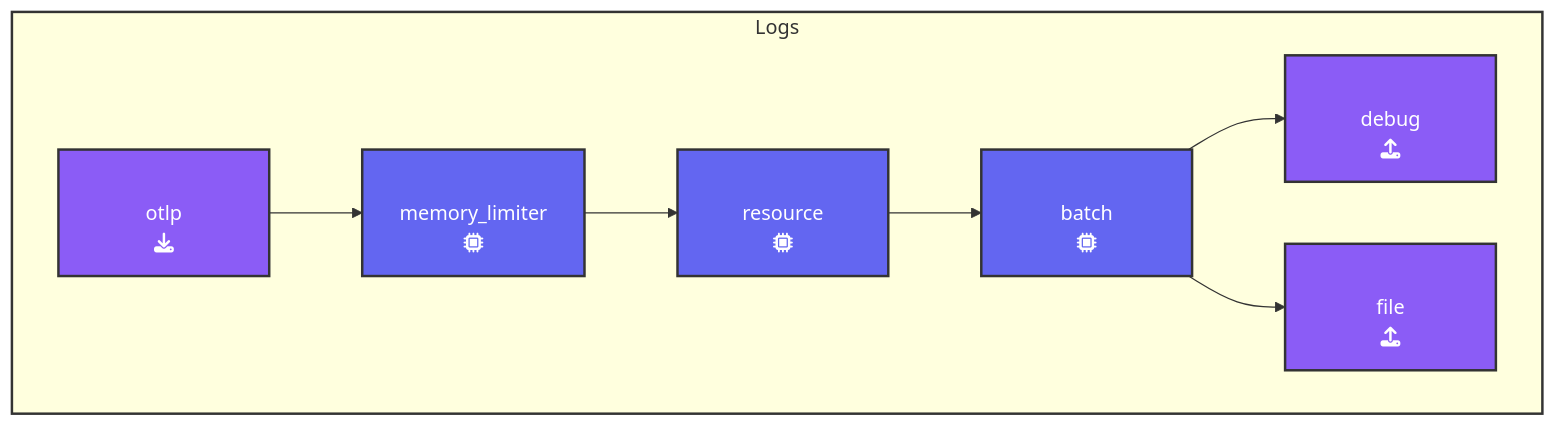
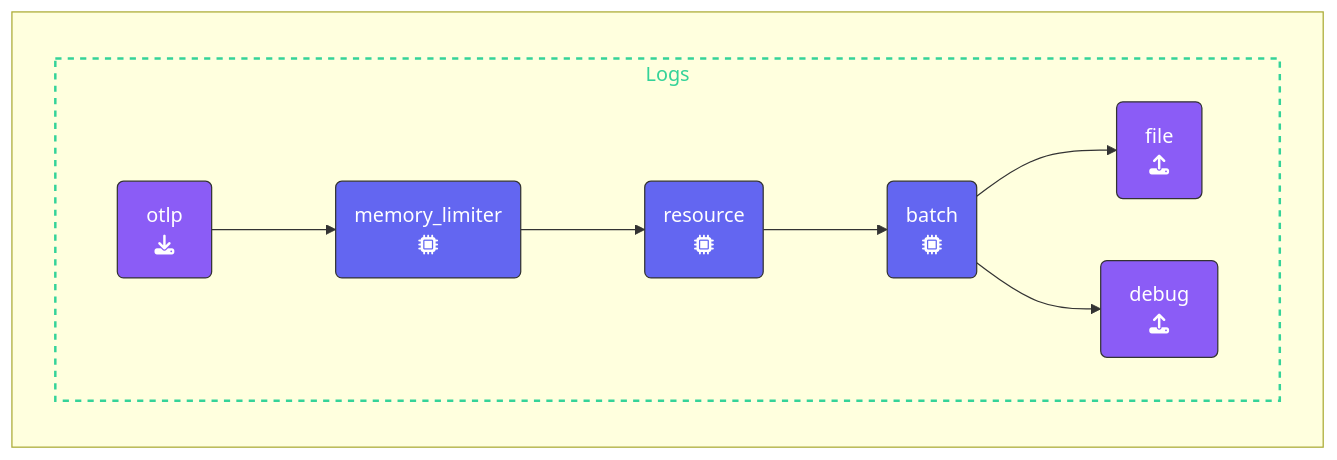
Before and after one commit to splunk/observability-workshop: the diagram in content/en/ninja-workshops/10-advanced-otel/2-gateway/_index.md, drawn with Mermaid. The commit also changed other lines of this file and 2 other files, not shown here.

Commit message:
Updated Mermaid chart

````diff
--- a/content/en/ninja-workshops/10-advanced-otel/2-gateway/_index.md
+++ b/content/en/ninja-workshops/10-advanced-otel/2-gateway/_index.md
@@ -106,25 +106,27 @@
 ```mermaid
+%%{init:{"fontFamily":"monospace"}}%%
 graph LR
-  subgraph box[Logs]
-    direction LR
     %% Nodes
-      A[otlp<br>fa:fa-download]:::receiver
-      D[memory_limiter<br>fa:fa-microchip]:::processor
-      F[resource<br>fa:fa-microchip]:::processor
-      J[batch<br>fa:fa-microchip]:::processor
-      L[debug<br>fa:fa-upload]:::exporter
-      M[file<br>fa:fa-upload]:::exporter
+      REC1(&nbsp;&nbsp;otlp&nbsp;&nbsp;<br>fa:fa-download):::receiver
+      PRO1(memory_limiter<br>fa:fa-microchip):::processor
+      PRO2(resource<br>fa:fa-microchip):::processor
+      PRO3(batch<br>fa:fa-microchip):::processor
+      EXP1(&ensp;file&ensp;<br>fa:fa-upload):::exporter
+      EXP2(&ensp;debug&ensp;<br>fa:fa-upload):::exporter
+    %% Links
+    subID1:::sub-logs
+    subgraph " "
+      subgraph subID1[Logs]
+      direction LR
+      REC1 --> PRO1
+      PRO1 --> PRO2
+      PRO2 --> PRO3
+      PRO3 --> EXP1
+      PRO3 --> EXP2
+      end
     end
-    %% Links
-      A --> D
-      D --> F
-      F --> J
-      J --> L
-      J --> M
-
-classDef receiver fill:#8b5cf6,stroke:#333,stroke-width:2px,padding-left:110px,color:#fff;
-classDef processor fill:#6366f1,stroke:#333,stroke-width:2px,padding-left:110px,color:#fff;
-classDef exporter fill:#8b5cf6,stroke:#333,stroke-width:2px, padding-left:110px,color:#fff;
-classDef connector fill:#00ff7f,stroke:#333,stroke-width:2px, padding-left:110px,color:#fff;
-style box stroke:#333,stroke-width:2px,fill:#f9a9a9a;
+classDef receiver,exporter fill:#8b5cf6,stroke:#333,stroke-width:1px,color:#fff;
+classDef processor fill:#6366f1,stroke:#333,stroke-width:1px,color:#fff;
+classDef con-receive,con-export fill:#45c175,stroke:#333,stroke-width:1px,color:#fff;
+classDef sub-logs stroke:#34d399,stroke-width:2px, color:#34d399,stroke-dasharray: 5 5;
 ```
````
